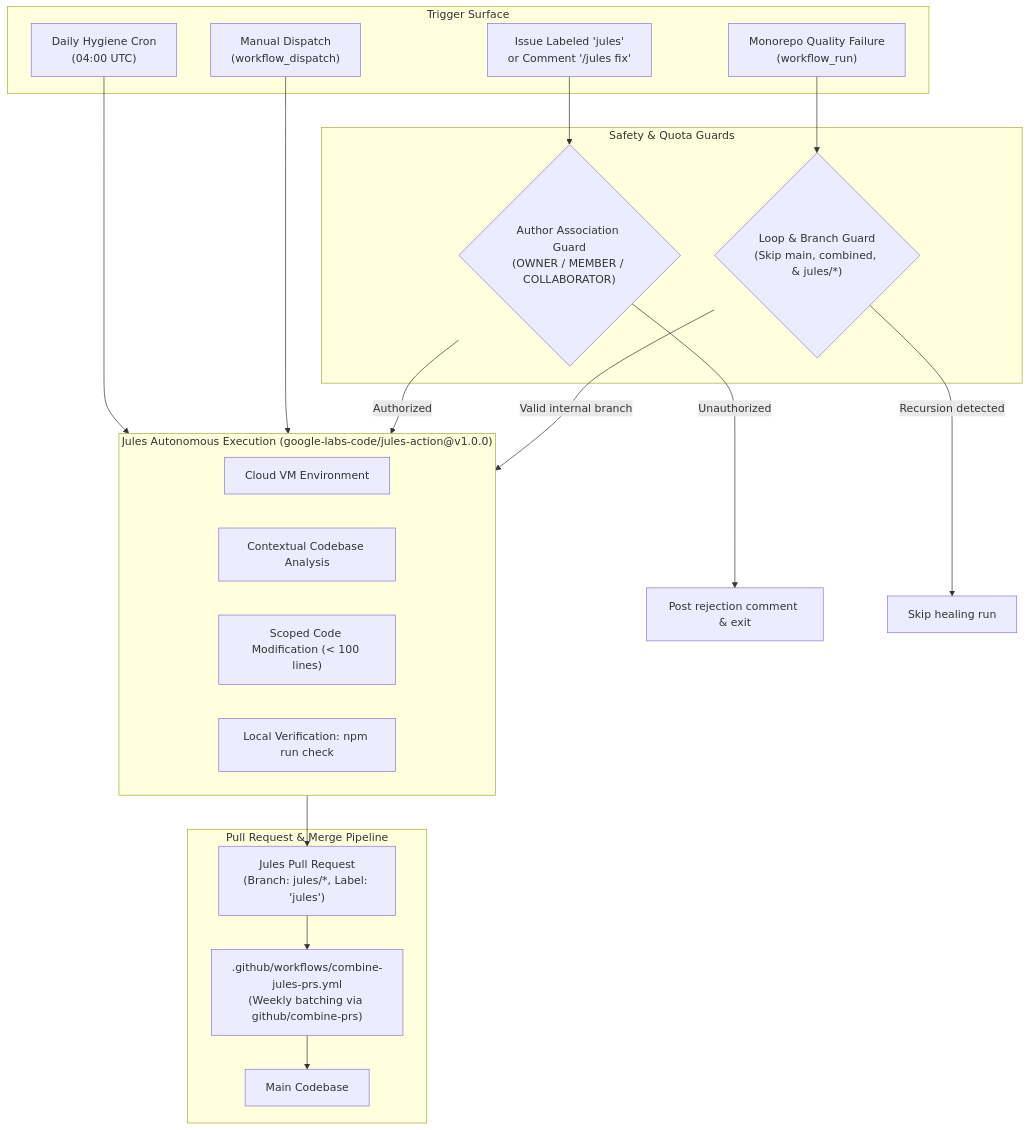
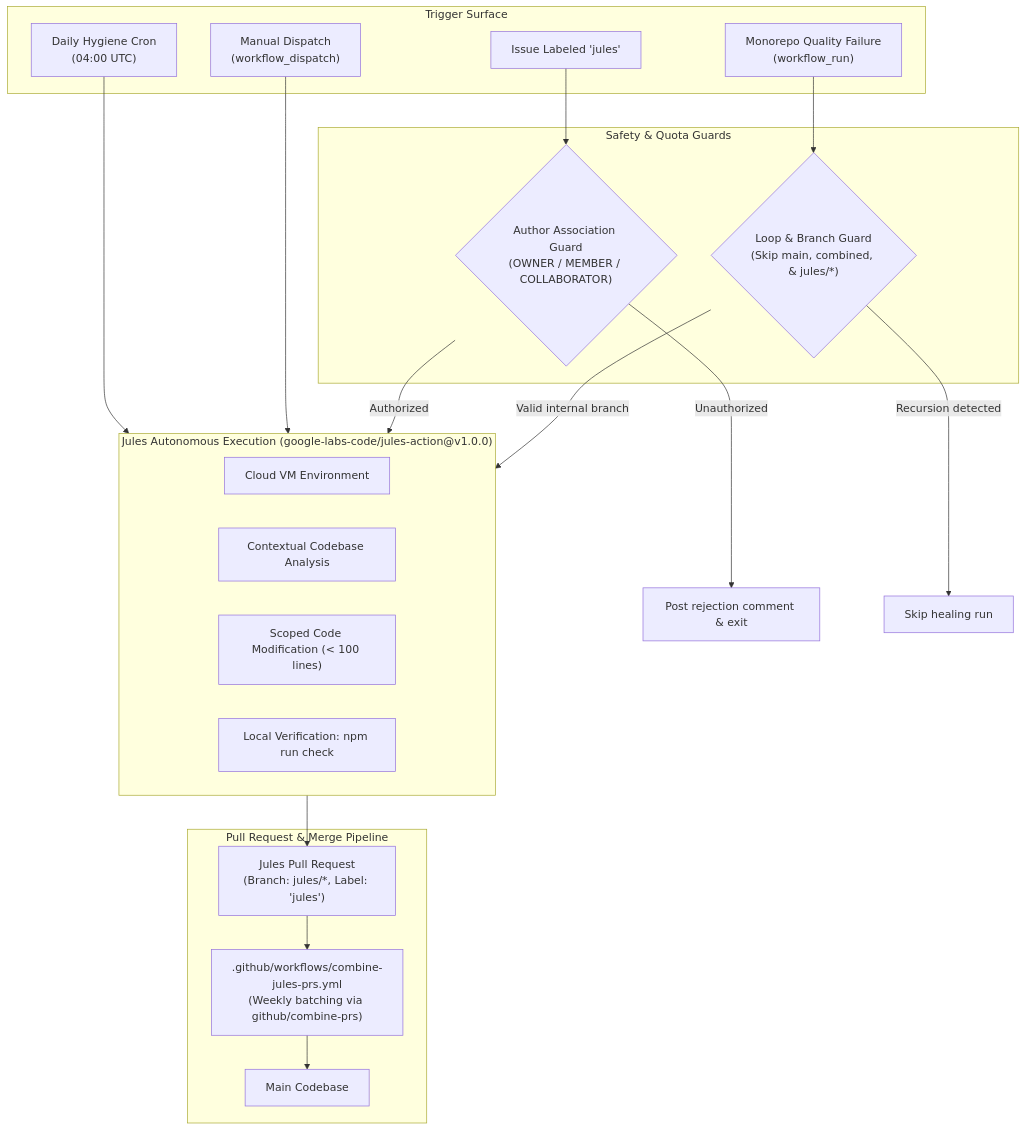
Before and after one commit to cloudgxp/ghec-consultant-suite: the diagram in docs/guides/jules-automation-setup.md, drawn with Mermaid. The commit also changed other lines of this file and 165 other files, not shown here.

````diff
--- a/docs/guides/jules-automation-setup.md
+++ b/docs/guides/jules-automation-setup.md
@@ -11,42 +11,42 @@
 ```mermaid
 flowchart TD
     subgraph Triggers["Trigger Surface"]
-        T1["Issue Labeled 'jules'<br/>or Comment '/jules fix'"]
+        T1["Issue Labeled 'jules'"]
         T2["Monorepo Quality Failure<br/>(workflow_run)"]
         T3["Daily Hygiene Cron<br/>(04:00 UTC)"]
         T4["Manual Dispatch<br/>(workflow_dispatch)"]
     end
 
     subgraph Guards["Safety & Quota Guards"]
         G1{"Author Association Guard<br/>(OWNER / MEMBER / COLLABORATOR)"}
         G2{"Loop & Branch Guard<br/>(Skip main, combined, & jules/*)"}
     end
 
     subgraph Jules["Jules Autonomous Execution (google-labs-code/jules-action@v1.0.0)"]
         J1["Cloud VM Environment"]
         J2["Contextual Codebase Analysis"]
         J3["Scoped Code Modification (< 100 lines)"]
         J4["Local Verification: npm run check"]
     end
 
     subgraph Delivery["Pull Request & Merge Pipeline"]
         PR["Jules Pull Request<br/>(Branch: jules/*, Label: 'jules')"]
         Combiner[".github/workflows/combine-jules-prs.yml<br/>(Weekly batching via github/combine-prs)"]
         Merged["Main Codebase"]
     end
 
     T1 --> G1
     T3 --> Jules
     T4 --> Jules
     T2 --> G2
 
     G1 -->|Authorized| Jules
     G1 -->|Unauthorized| Reject["Post rejection comment & exit"]
 
     G2 -->|Valid internal branch| Jules
     G2 -->|Recursion detected| Skip["Skip healing run"]
 
     Jules --> PR
     PR --> Combiner
     Combiner --> Merged
 ```
````
